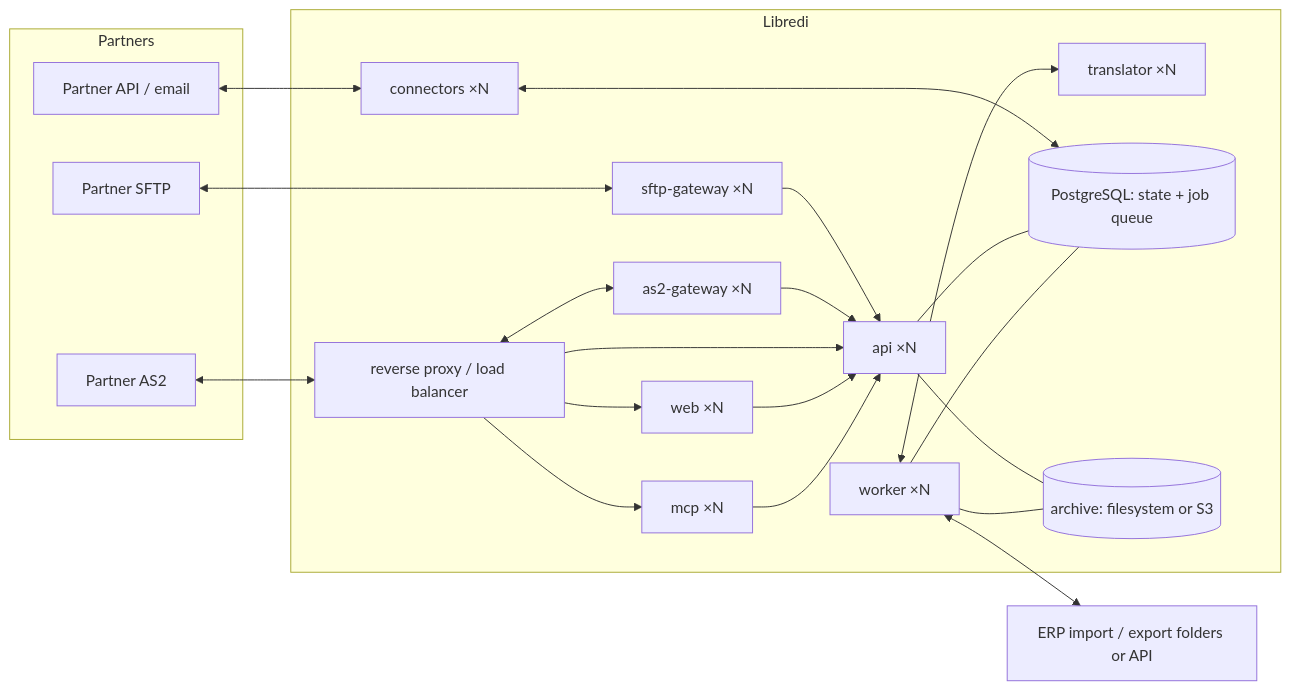
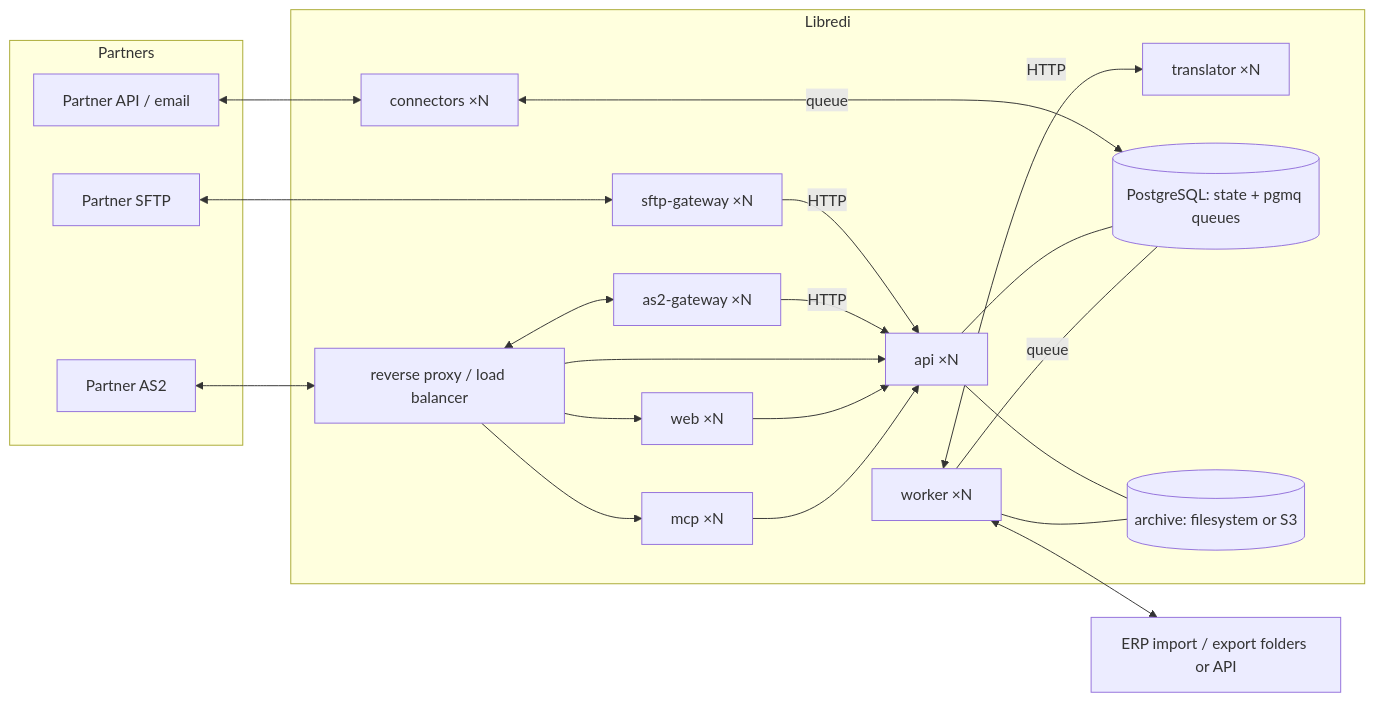
One commit to imapanda/ediflux changed the second of 3 diagrams in docs/architecture.md. Above: the diagram before and after it, drawn with Mermaid. The commit also changed other lines of this file and 6 other files, not shown here.

````diff
--- a/docs/architecture.md
+++ b/docs/architecture.md
@@ -76,41 +78,41 @@
 ```mermaid
 flowchart LR
     subgraph Partners
       P1[Partner SFTP]
       P2[Partner AS2]
       P3[Partner API / email]
     end
     subgraph Libredi
       LB[reverse proxy / load balancer]
       SFTP[sftp-gateway ×N]
       AS2[as2-gateway ×N]
       CONN[connectors ×N]
       API[api ×N]
       WK[worker ×N]
       TR[translator ×N]
       UI[web ×N]
       MCP[mcp ×N]
-      DB[(PostgreSQL: state + job queue)]
+      DB[(PostgreSQL: state + pgmq queues)]
       ARCH[(archive: filesystem or S3)]
     end
     ERP[ERP import / export folders or API]
 
     P1 <--> SFTP
     P2 <--> LB
     LB <--> AS2
     P3 <--> CONN
-    SFTP --> API
-    AS2 --> API
-    CONN <--> DB
+    SFTP -->|HTTP| API
+    AS2 -->|HTTP| API
+    CONN <-->|queue| DB
     API --- DB
-    WK --- DB
-    WK <--> TR
+    WK ---|queue| DB
+    WK <-->|HTTP| TR
     API --- ARCH
     WK --- ARCH
     WK <--> ERP
     LB --> UI
     LB --> API
     LB --> MCP
     UI --> API
     MCP --> API
 ```
````
